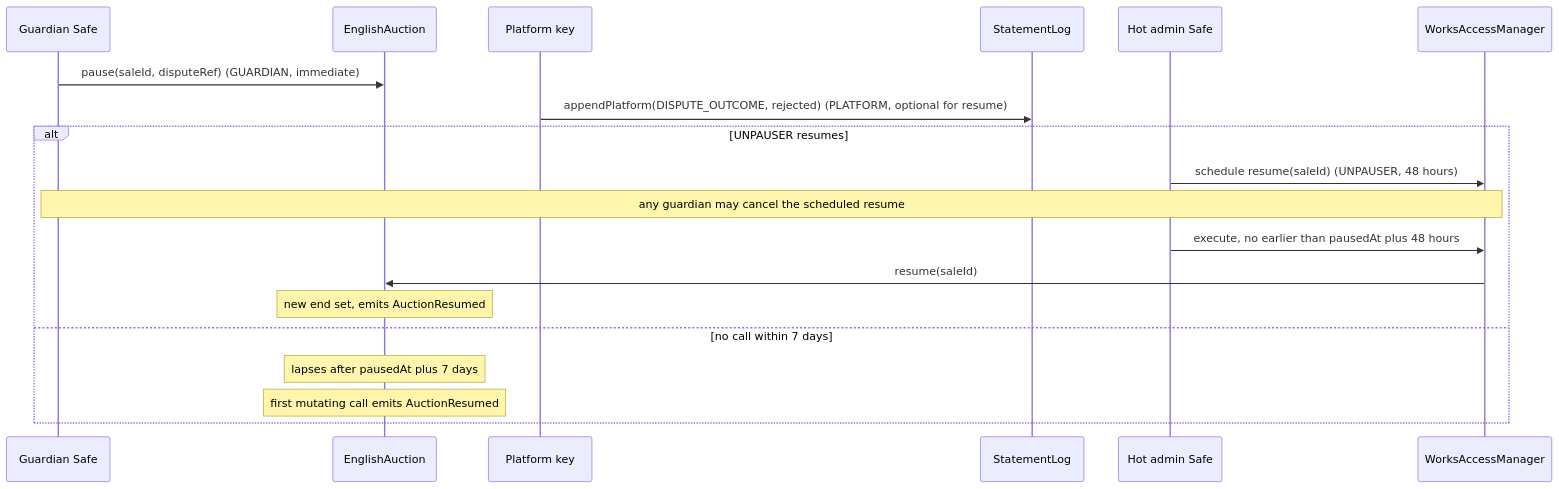
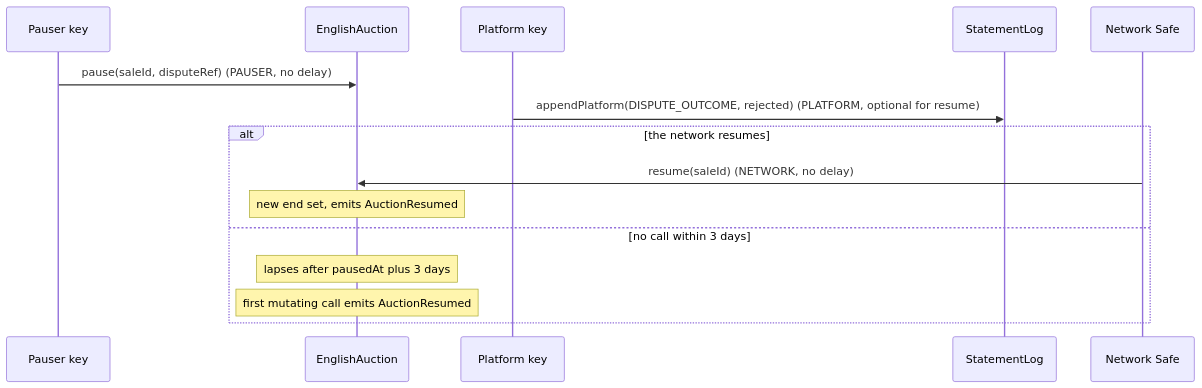
One commit to 6529-Collections/6529-works changed the sixth of 9 diagrams in docs/spec/disputes-and-statements.md. Above: the diagram before and after it, drawn with Mermaid. The commit also changed other lines of this file and 352 other files, not shown here.

````diff
--- a/docs/spec/disputes-and-statements.md
+++ b/docs/spec/disputes-and-statements.md
@@ -334,21 +327,17 @@
 ```mermaid
 sequenceDiagram
-    participant G as Guardian Safe
+    participant G as Pauser key
     participant A as EnglishAuction
     participant P as Platform key
     participant L as StatementLog
-    participant U as Hot admin Safe
-    participant M as WorksAccessManager
-    G->>A: pause(saleId, disputeRef) (GUARDIAN, immediate)
+    participant U as Network Safe
+    G->>A: pause(saleId, disputeRef) (PAUSER, no delay)
     P->>L: appendPlatform(DISPUTE_OUTCOME, rejected) (PLATFORM, optional for resume)
-    alt UNPAUSER resumes
-        U->>M: schedule resume(saleId) (UNPAUSER, 48 hours)
-        Note over G,M: any guardian may cancel the scheduled resume
-        U->>M: execute, no earlier than pausedAt plus 48 hours
-        M->>A: resume(saleId)
+    alt the network resumes
+        U->>A: resume(saleId) (NETWORK, no delay)
         Note over A: new end set, emits AuctionResumed
-    else no call within 7 days
-        Note over A: lapses after pausedAt plus 7 days
+    else no call within 3 days
+        Note over A: lapses after pausedAt plus 3 days
         Note over A: first mutating call emits AuctionResumed
     end
 ```
````
